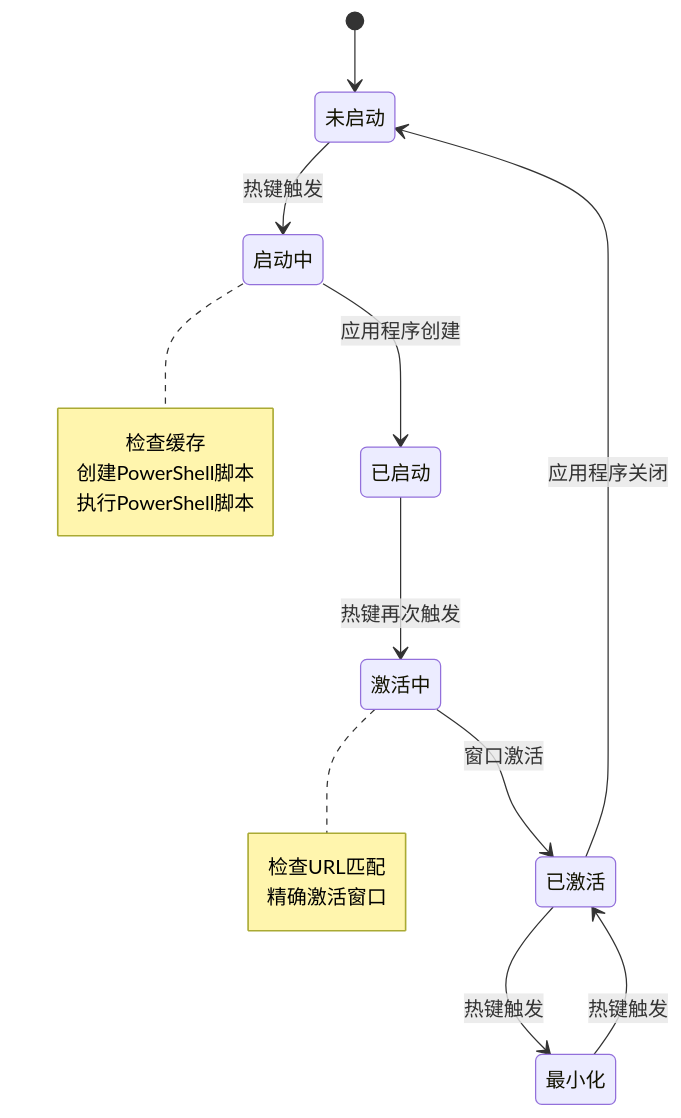
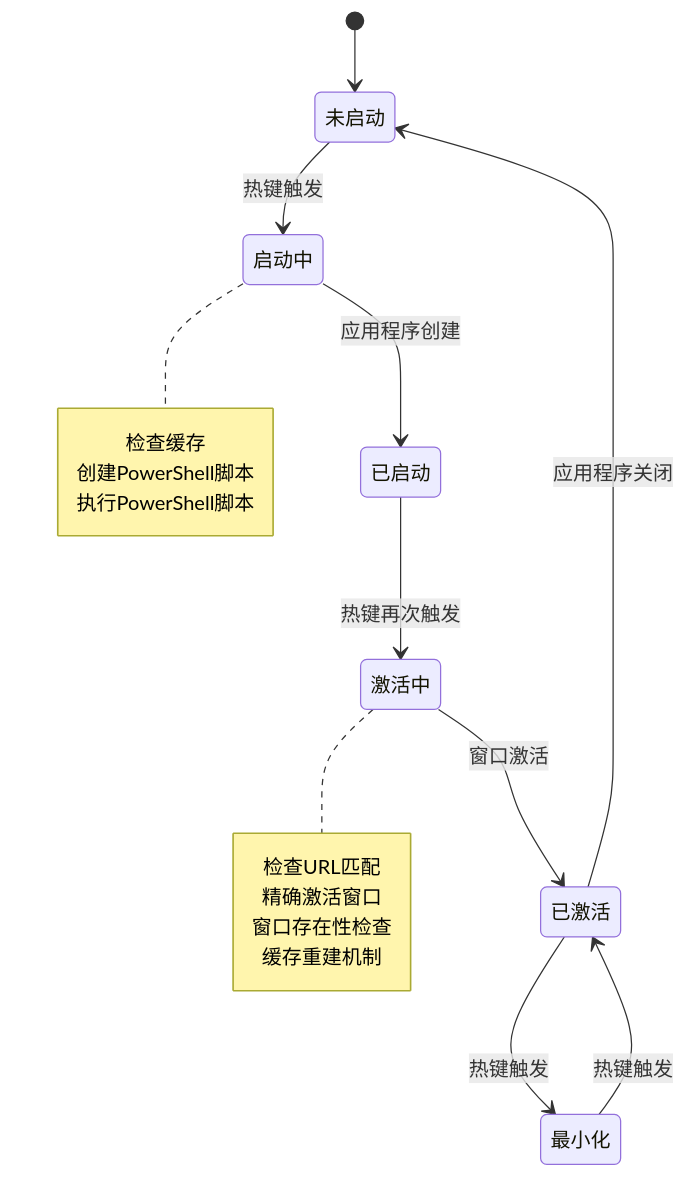
The third of 13 diagrams in .qoder/repowiki/zh/content/核心功能/浏览器应用管理.md (wangys-123doit/hotkey), drawn with Mermaid before and after one commit. The commit also changed other lines of this file and 7 other files, not shown here.

````diff
--- a/.qoder/repowiki/zh/content/核心功能/浏览器应用管理.md
+++ b/.qoder/repowiki/zh/content/核心功能/浏览器应用管理.md
@@ -141,13 +140,13 @@
 ```mermaid
 stateDiagram-v2
 [*] --> 未启动
 未启动 --> 启动中 : 热键触发
 启动中 --> 已启动 : 应用程序创建
 已启动 --> 激活中 : 热键再次触发
 激活中 --> 已激活 : 窗口激活
 已激活 --> 最小化 : 热键触发
 最小化 --> 已激活 : 热键触发
 已激活 --> 未启动 : 应用程序关闭
 note right of 启动中 : 检查缓存<br/>创建PowerShell脚本<br/>执行PowerShell脚本
-note right of 激活中 : 检查URL匹配<br/>精确激活窗口
+note right of 激活中 : 检查URL匹配<br/>精确激活窗口<br/>窗口存在性检查<br/>缓存重建机制
 ```
````
